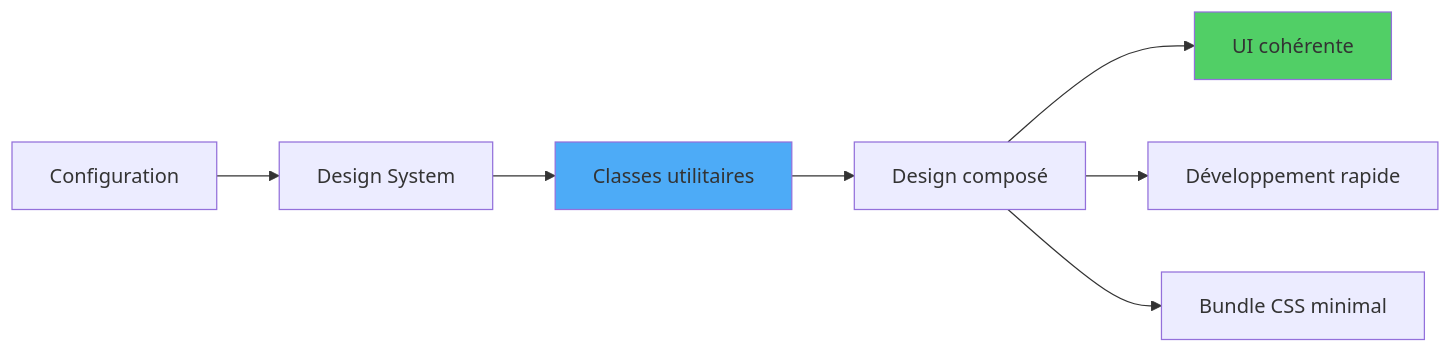
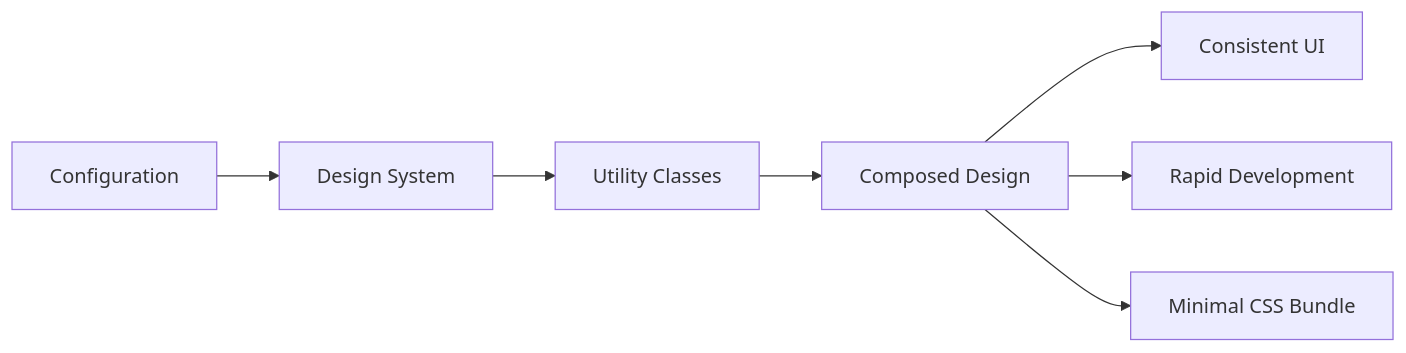
The fourth of 6 diagrams in arguments/chapters/fr/04-react-styling.md (BabaScience/react-guides), drawn with Mermaid before and after one commit. The commit also changed other lines of this file and 29 other files, not shown here.

First line of the commit message:
Bring React FR/IT translations to full English parity + theme-safe diagrams

````diff
--- a/arguments/chapters/fr/04-react-styling.md
+++ b/arguments/chapters/fr/04-react-styling.md
@@ -164,13 +1288,11 @@
 ```mermaid
 graph LR
-    A[Classes utilitaires] --> B[Design composé]
+    A[Utility Classes] --> B[Composed Design]
     C[Design System] --> A
     D[Configuration] --> C
     
-    B --> E[UI cohérente]
-    B --> F[Développement rapide]
-    B --> G[Bundle CSS minimal]
+    B --> E[Consistent UI]
+    B --> F[Rapid Development]
+    B --> G[Minimal CSS Bundle]
     
-    style A fill:#4dabf7
-    style E fill:#51cf66
 ```
````
